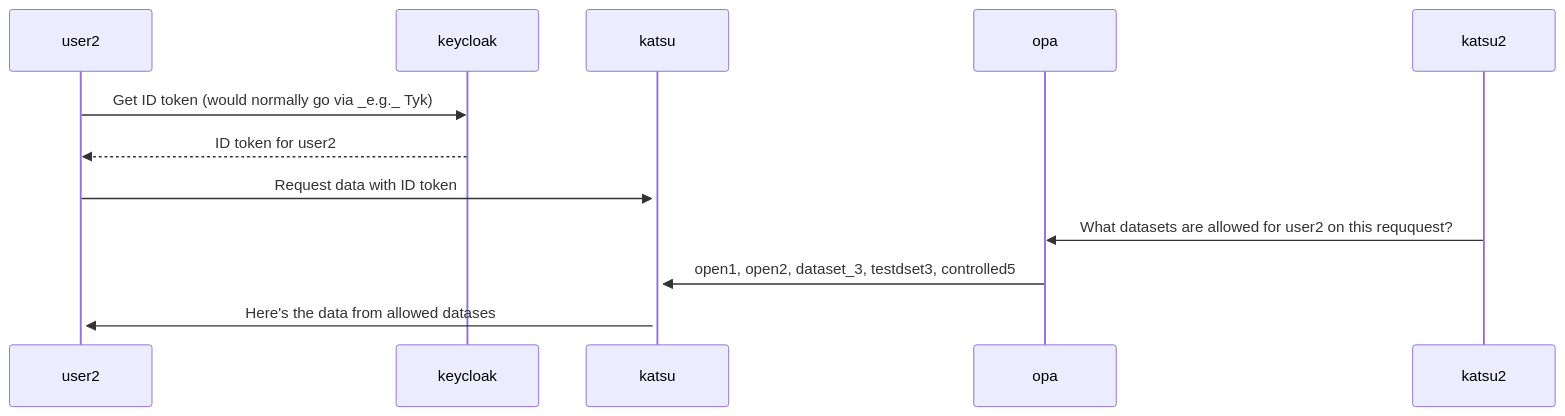
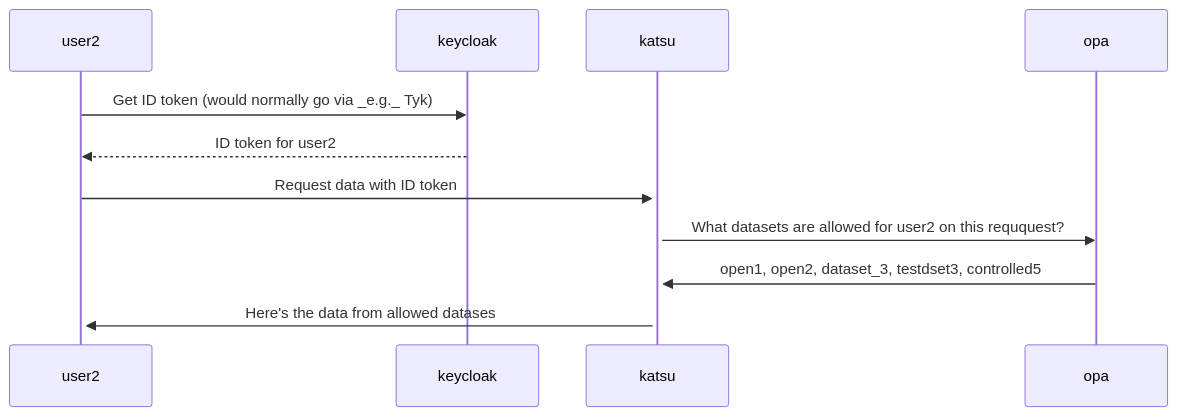
Before and after one commit to CanDIG/candig-opa: the diagram in README.md, drawn with Mermaid.

Commit message:
Fix typo in sequence diagram

````diff
--- a/README.md
+++ b/README.md
@@ -125,14 +125,14 @@
 ```mermaid
 sequenceDiagram
     participant user2
     participant keycloak
     participant katsu
     participant opa
 
     user2->>keycloak: Get ID token (would normally go via _e.g._ Tyk)
     keycloak-->>user2: ID token for user2
     user2->>+katsu: Request data with ID token
-    katsu2->>opa: What datasets are allowed for user2 on this reququest?
+    katsu->>opa: What datasets are allowed for user2 on this reququest?
     opa->>katsu: open1, open2, dataset_3, testdset3, controlled5
     katsu->>+user2: Here's the data from allowed datases
 ```
````
